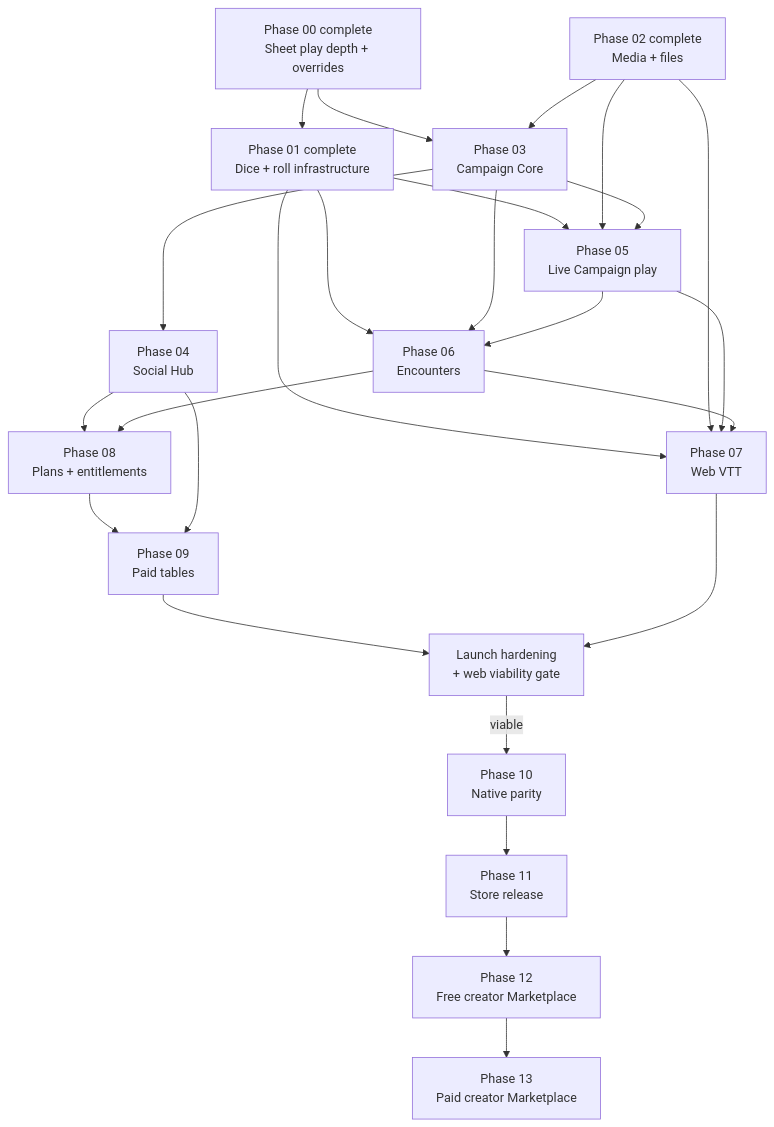
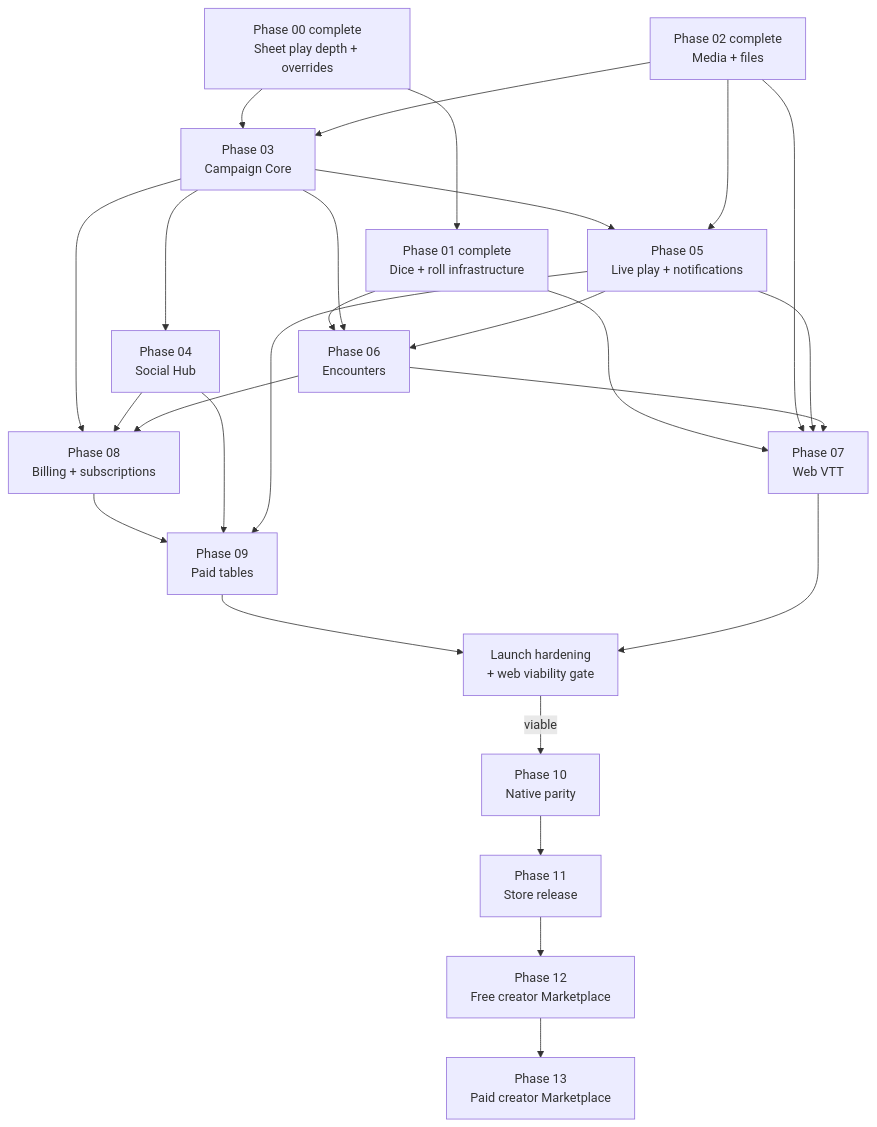
The second of 2 diagrams in docs/roadmap/README.md (MPiland/artificer-toolkit), drawn with Mermaid before and after one commit. The commit also changed other lines of this file and 317 other files, not shown here.

````diff
--- a/docs/roadmap/README.md
+++ b/docs/roadmap/README.md
@@ -116,27 +127,28 @@
 ```mermaid
 flowchart TD
   P0["Phase 00 complete<br/>Sheet play depth + overrides"] --> P1["Phase 01 complete<br/>Dice + roll infrastructure"]
   P0 --> P3["Phase 03<br/>Campaign Core"]
   P2["Phase 02 complete<br/>Media + files"] --> P3
   P3 --> P4["Phase 04<br/>Social Hub"]
-  P1 --> P5["Phase 05<br/>Live Campaign play"]
+  P3 --> P5["Phase 05<br/>Live play + notifications"]
   P2 --> P5
-  P3 --> P5
   P1 --> P6["Phase 06<br/>Encounters"]
   P3 --> P6
   P5 --> P6
   P1 --> P7["Phase 07<br/>Web VTT"]
   P2 --> P7
   P5 --> P7
   P6 --> P7
-  P4 --> P8["Phase 08<br/>Plans + entitlements"]
+  P3 --> P8["Phase 08<br/>Billing + subscriptions"]
+  P4 --> P8
   P6 --> P8
   P8 --> P9["Phase 09<br/>Paid tables"]
   P4 --> P9
+  P5 --> P9
   P9 --> Launch["Launch hardening<br/>+ web viability gate"]
   P7 --> Launch
   Launch -->|viable| P10["Phase 10<br/>Native parity"]
   P10 --> P11["Phase 11<br/>Store release"]
   P11 --> P12["Phase 12<br/>Free creator Marketplace"]
   P12 --> P13["Phase 13<br/>Paid creator Marketplace"]
 ```
````
